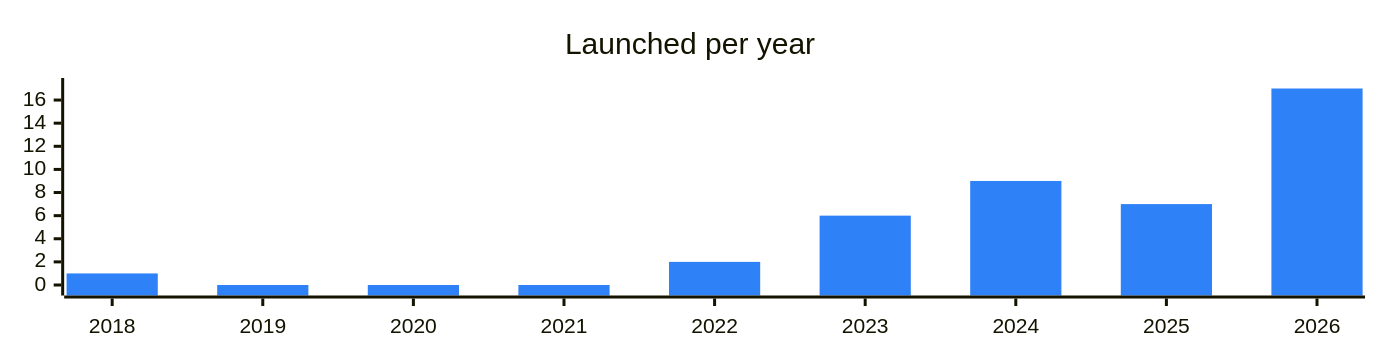
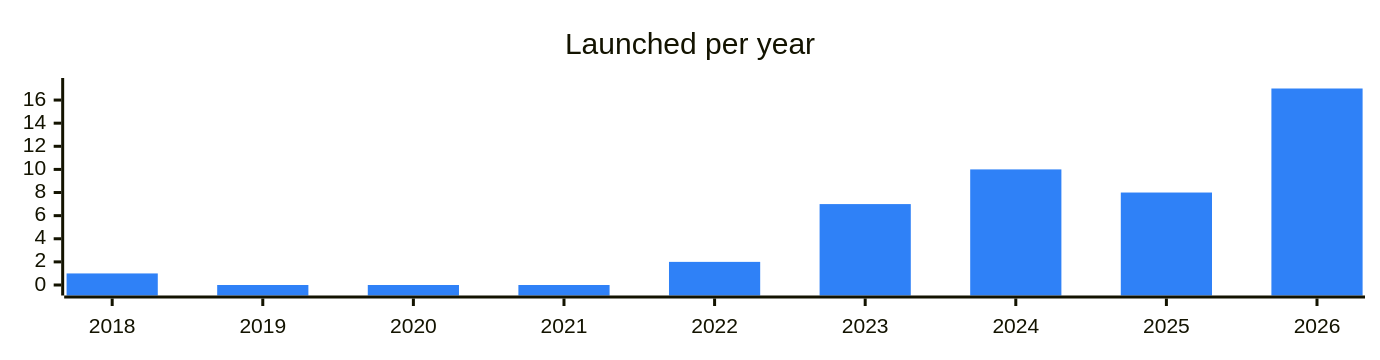
One commit to vitalikgpt/gram-ecosystem changed the diagram in categories/vpn.md. Above: the diagram before and after it, drawn with Mermaid. The commit also changed other lines of this file and 71 other files, not shown here.

````diff
--- a/categories/vpn.md
+++ b/categories/vpn.md
@@ -7,7 +7,7 @@
 ```mermaid
 %%{init: {"xyChart": {"width": 900, "height": 220}, "themeVariables": {"xyChart": {"plotColorPalette": "#2f81f7"}}}}%%
 xychart-beta
   title "Launched per year"
   x-axis ["2018", "2019", "2020", "2021", "2022", "2023", "2024", "2025", "2026"]
-  bar [1, 0, 0, 0, 2, 6, 9, 7, 17]
+  bar [1, 0, 0, 0, 2, 7, 10, 8, 17]
 ```
````
